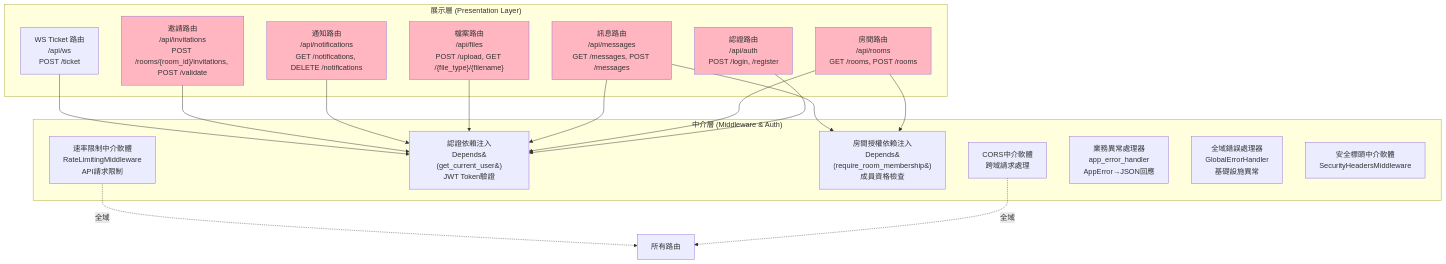
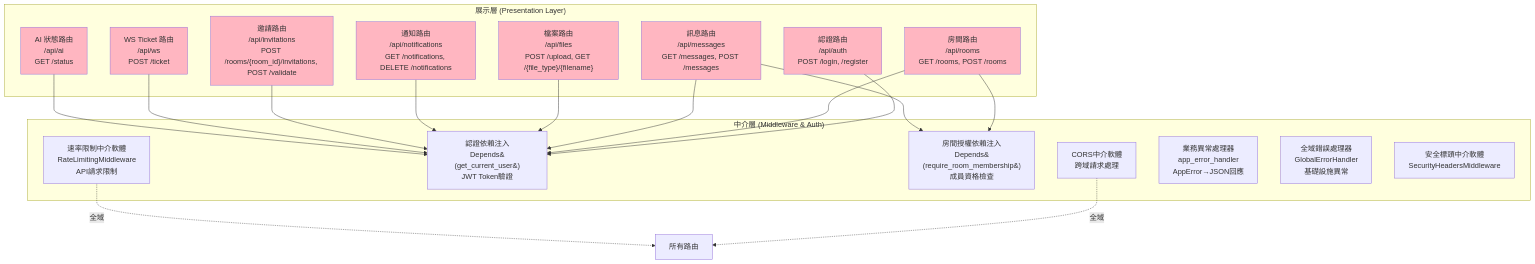
One commit to twtrubiks/mongo-fastapi-svelte-chat changed the third of 11 diagrams in docs/c4-architecture.md. Above: the diagram before and after it, drawn with Mermaid. The commit also changed other lines of this file and 5 other files, not shown here.

````diff
--- a/docs/c4-architecture.md
+++ b/docs/c4-architecture.md
@@ -121,42 +128,46 @@
 ```mermaid
 graph TB
     subgraph "展示層 (Presentation Layer)"
         AuthRouter[認證路由<br/>/api/auth<br/>POST /login, /register]
         RoomRouter[房間路由<br/>/api/rooms<br/>GET /rooms, POST /rooms]
         MessageRouter[訊息路由<br/>/api/messages<br/>GET /messages, POST /messages]
         FileRouter["檔案路由<br/>/api/files<br/>POST /upload, GET /{file_type}/{filename}"]
         NotificationRouter[通知路由<br/>/api/notifications<br/>GET /notifications, DELETE /notifications]
         InvitationRouter["邀請路由<br/>/api/invitations<br/>POST /rooms/{room_id}/invitations, POST /validate"]
         WsTicketRouter[WS Ticket 路由<br/>/api/ws<br/>POST /ticket]
+        AIRouter[AI 狀態路由<br/>/api/ai<br/>GET /status]
     end
 
     subgraph "中介層 (Middleware & Auth)"
         CORSMiddleware[CORS中介軟體<br/>跨域請求處理]
         AuthDependency[認證依賴注入<br/>Depends&#40;get_current_user&#41;<br/>JWT Token驗證]
         RoomAuthDependency[房間授權依賴注入<br/>Depends&#40;require_room_membership&#41;<br/>成員資格檢查]
         RateLimiter[速率限制中介軟體<br/>RateLimitingMiddleware<br/>API請求限制]
         AppErrorHandler[業務異常處理器<br/>app_error_handler<br/>AppError→JSON回應]
         ErrorHandler[全域錯誤處理器<br/>GlobalErrorHandler<br/>基礎設施異常]
         SecurityHeaders[安全標頭中介軟體<br/>SecurityHeadersMiddleware]
     end
 
     AuthRouter --> AuthDependency
     RoomRouter --> AuthDependency
     RoomRouter --> RoomAuthDependency
     MessageRouter --> AuthDependency
     MessageRouter --> RoomAuthDependency
     FileRouter --> AuthDependency
     NotificationRouter --> AuthDependency
     InvitationRouter --> AuthDependency
     WsTicketRouter --> AuthDependency
+    AIRouter --> AuthDependency
 
     CORSMiddleware -.->|全域| AllRoutes[所有路由]
     RateLimiter -.->|全域| AllRoutes
 
     style AuthRouter fill:#FFB6C1
     style RoomRouter fill:#FFB6C1
     style MessageRouter fill:#FFB6C1
     style FileRouter fill:#FFB6C1
     style NotificationRouter fill:#FFB6C1
     style InvitationRouter fill:#FFB6C1
+    style WsTicketRouter fill:#FFB6C1
+    style AIRouter fill:#FFB6C1
 ```
````
